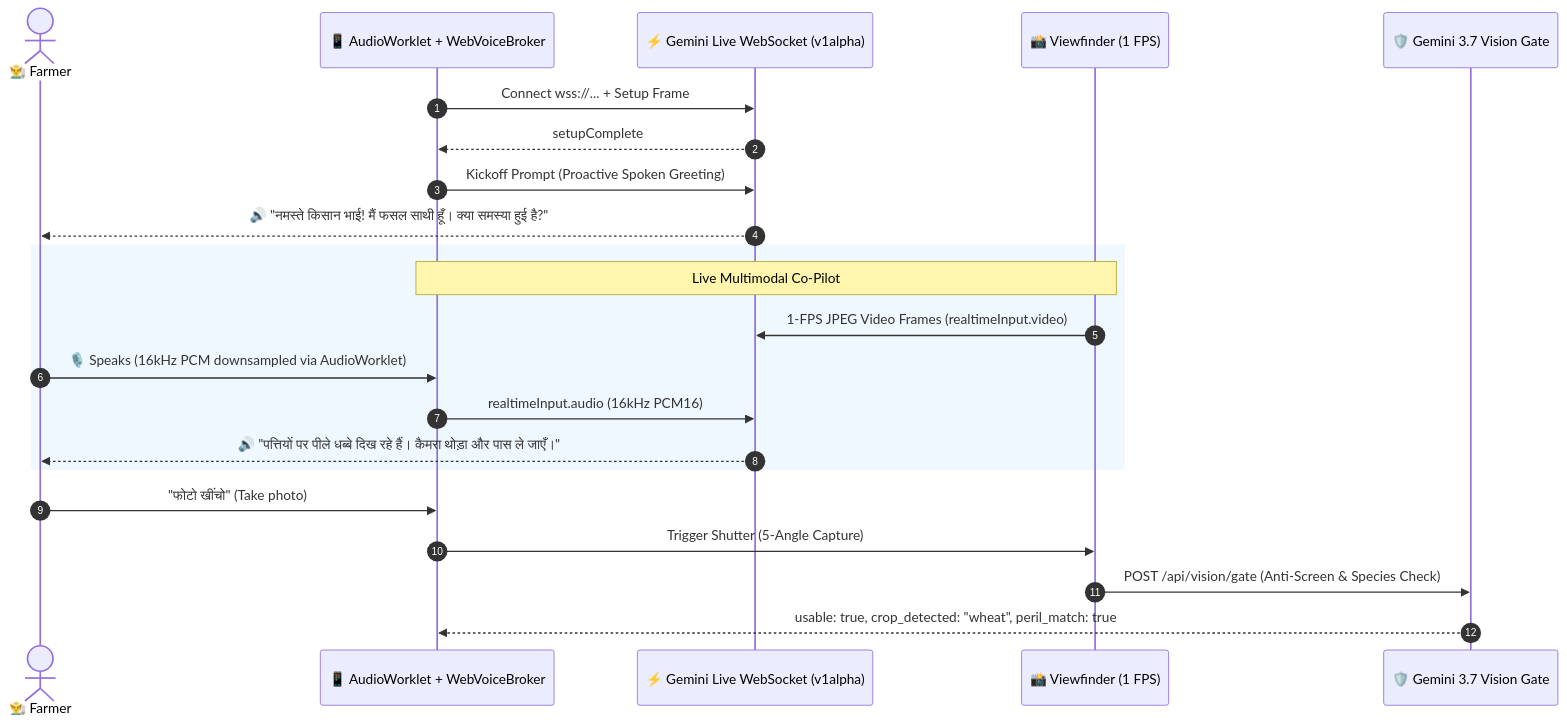
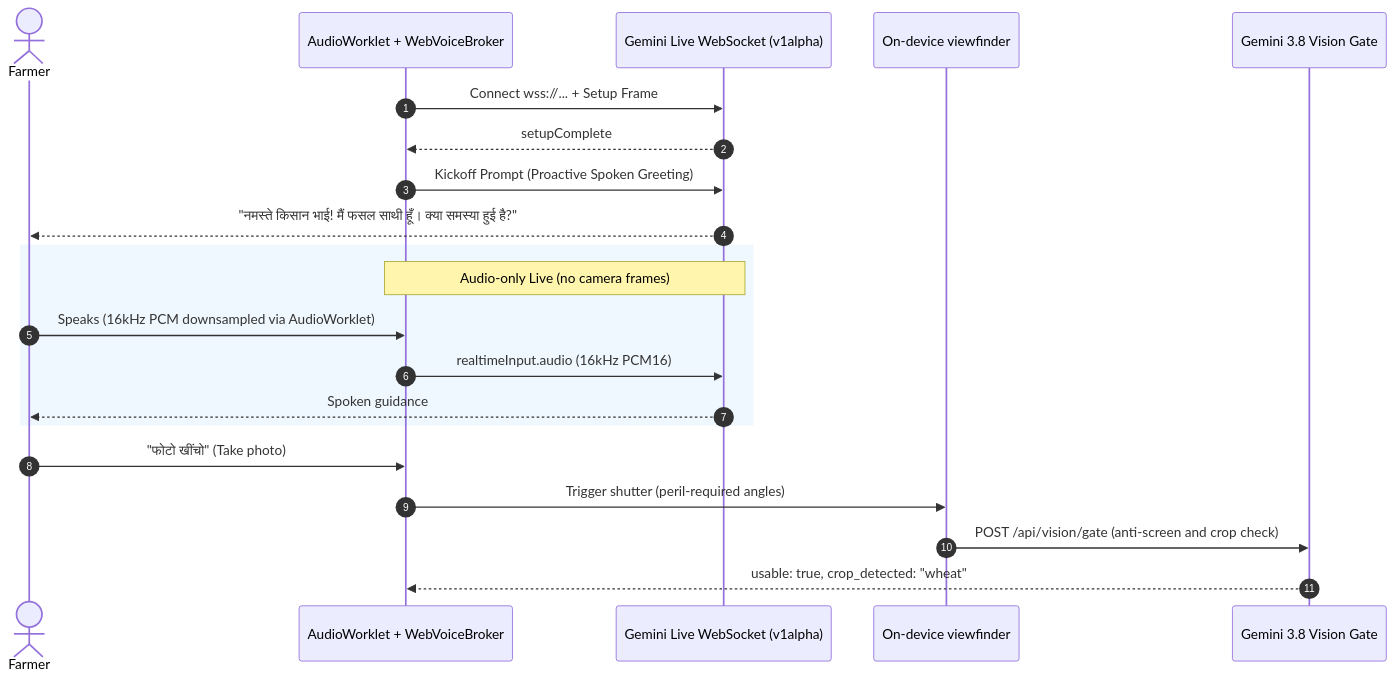
Before and after one commit to dhrrishitvdeka/Fasal-Pramaan: the diagram in docs/VOICE_ASSISTANT_DEMO.md, drawn with Mermaid. The commit also changed other lines of this file and 9 other files, not shown here.

````diff
--- a/docs/VOICE_ASSISTANT_DEMO.md
+++ b/docs/VOICE_ASSISTANT_DEMO.md
@@ -51,27 +51,26 @@
 ```mermaid
 sequenceDiagram
   autonumber
-  actor Farmer as 👨‍🌾 Farmer
-  participant Client as 📱 AudioWorklet + WebVoiceBroker
-  participant Socket as ⚡ Gemini Live WebSocket (v1alpha)
-  participant Camera as 📸 Viewfinder (1 FPS)
-  participant Gate as 🛡️ Gemini 3.7 Vision Gate
+  actor Farmer as Farmer
+  participant Client as AudioWorklet + WebVoiceBroker
+  participant Socket as Gemini Live WebSocket (v1alpha)
+  participant Camera as On-device viewfinder
+  participant Gate as Gemini 3.8 Vision Gate
 
   Client->>Socket: Connect wss://... + Setup Frame
   Socket-->>Client: setupComplete
   Client->>Socket: Kickoff Prompt (Proactive Spoken Greeting)
-  Socket-->>Farmer: 🔊 "नमस्ते किसान भाई! मैं फसल साथी हूँ। क्या समस्या हुई है?"
-  
+  Socket-->>Farmer: "नमस्ते किसान भाई! मैं फसल साथी हूँ। क्या समस्या हुई है?"
+
   rect rgb(240, 248, 255)
-    Note over Client,Camera: Live Multimodal Co-Pilot
-    Camera->>Socket: 1-FPS JPEG Video Frames (realtimeInput.video)
-    Farmer->>Client: 🎙️ Speaks (16kHz PCM downsampled via AudioWorklet)
+    Note over Client,Socket: Audio-only Live (no camera frames)
+    Farmer->>Client: Speaks (16kHz PCM downsampled via AudioWorklet)
     Client->>Socket: realtimeInput.audio (16kHz PCM16)
-    Socket-->>Farmer: 🔊 "पत्तियों पर पीले धब्बे दिख रहे हैं। कैमरा थोड़ा और पास ले जाएँ।"
+    Socket-->>Farmer: Spoken guidance
   end
 
   Farmer->>Client: "फोटो खींचो" (Take photo)
-  Client->>Camera: Trigger Shutter (5-Angle Capture)
-  Camera->>Gate: POST /api/vision/gate (Anti-Screen & Species Check)
-  Gate-->>Client: usable: true, crop_detected: "wheat", peril_match: true
+  Client->>Camera: Trigger shutter (peril-required angles)
+  Camera->>Gate: POST /api/vision/gate (anti-screen and crop check)
+  Gate-->>Client: usable: true, crop_detected: "wheat"
 ```
````
